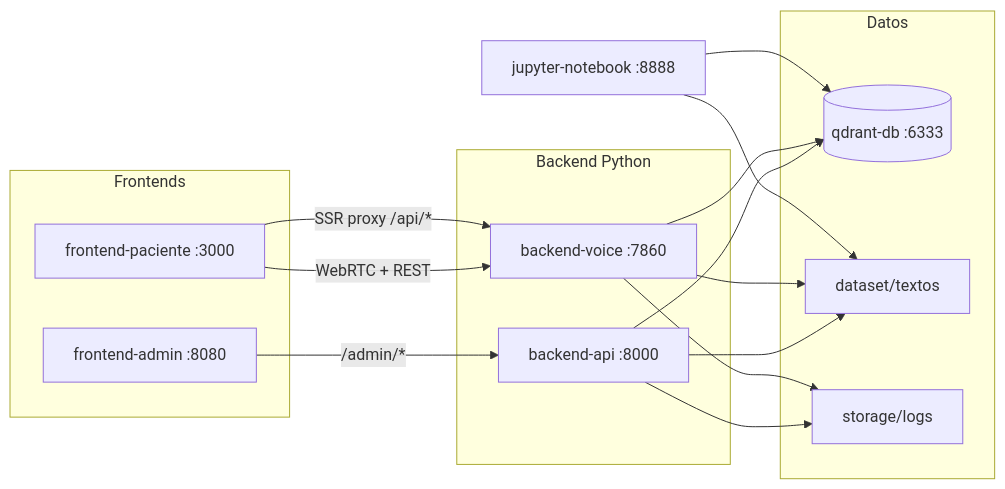
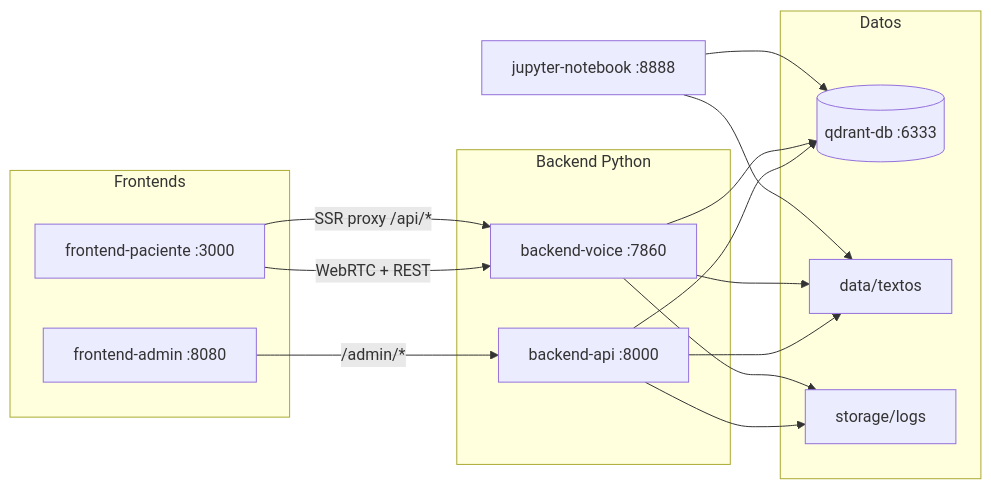
Before and after one commit to PaulaZuluagaG/postop-voice-agent: the diagram in docs/docker-guia.md, drawn with Mermaid. The commit also changed other lines of this file and 22 other files, not shown here.

````diff
--- a/docs/docker-guia.md
+++ b/docs/docker-guia.md
@@ -7,32 +7,32 @@
 ```mermaid
 flowchart LR
   subgraph frontends [Frontends]
     FP[frontend-paciente :3000]
     FA[frontend-admin :8080]
   end
 
   subgraph backend [Backend Python]
     BA[backend-api :8000]
     BV[backend-voice :7860]
   end
 
   subgraph data [Datos]
     QD[(qdrant-db :6333)]
-    DS[dataset/textos]
+    DS[data/textos]
     LG[storage/logs]
   end
 
   JU[jupyter-notebook :8888]
 
   FP -->|WebRTC + REST| BV
   FP -->|SSR proxy /api/*| BV
   FA -->|/admin/*| BA
   BA --> QD
   BV --> QD
   BA --> DS
   BV --> DS
   BA --> LG
   BV --> LG
   JU --> DS
   JU --> QD
 ```
````
